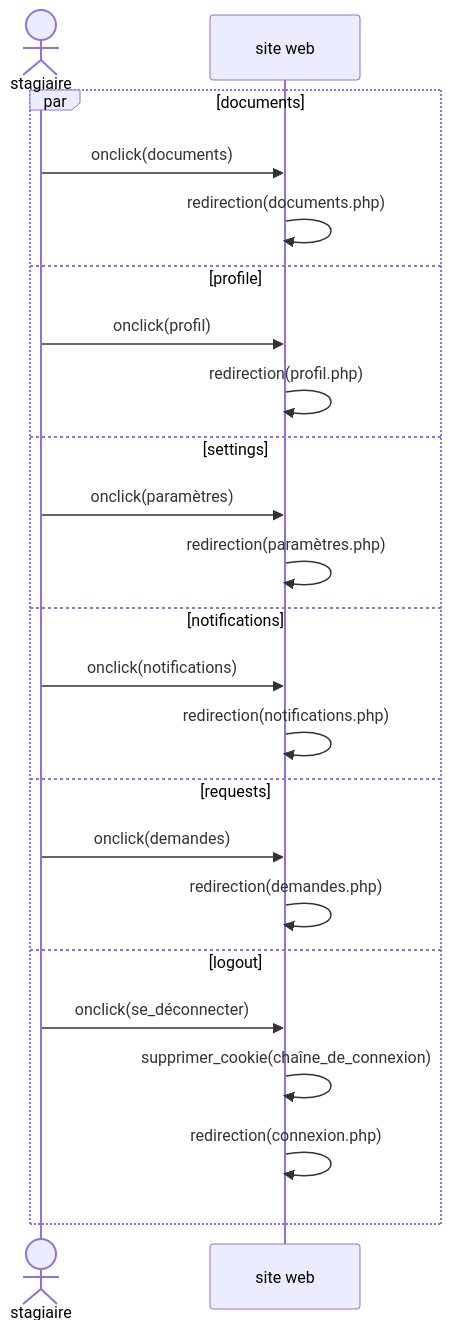
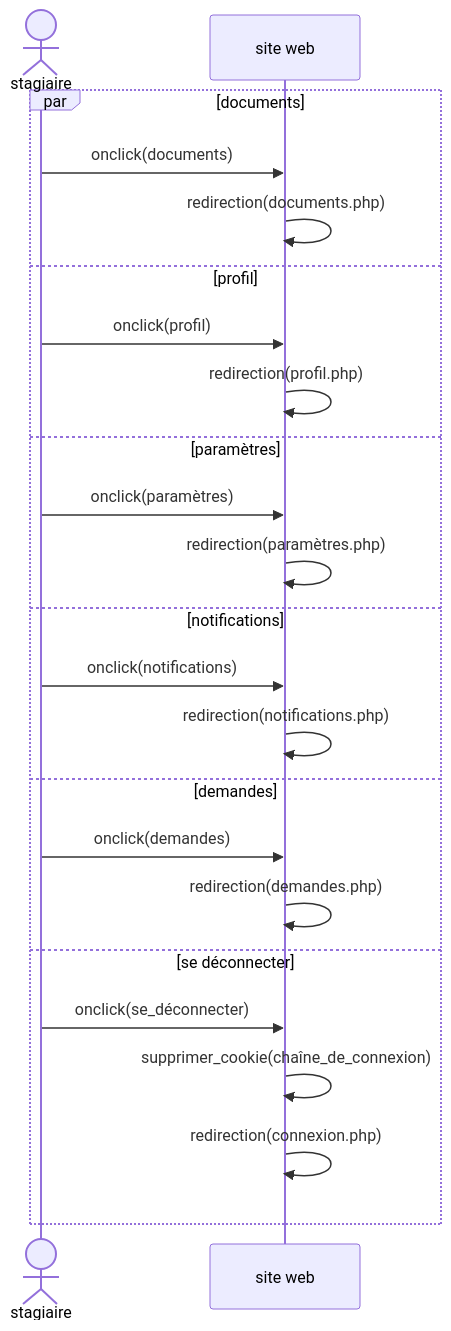
Before and after one commit to idlli/E-Campus: the second of 2 diagrams in uml/stagiaire/tableau-de-bord.md, drawn with Mermaid.

````diff
--- a/uml/stagiaire/tableau-de-bord.md
+++ b/uml/stagiaire/tableau-de-bord.md
@@ -7,25 +7,25 @@
 ```mermaid
 sequenceDiagram
     actor stagiaire
     participant site as site web
     par documents
         stagiaire ->> site : onclick(documents)
         site ->> site : redirection(documents.php)
-    and profile
+    and profil
         stagiaire ->> site : onclick(profil)
         site ->> site : redirection(profil.php)
-    and settings
+    and paramètres
         stagiaire ->> site : onclick(paramètres)
         site ->> site : redirection(paramètres.php)
     and notifications
         stagiaire ->> site : onclick(notifications)
         site ->> site : redirection(notifications.php)
-    and requests
+    and demandes
         stagiaire ->> site : onclick(demandes)
         site ->> site : redirection(demandes.php)
-    and logout
+    and se déconnecter
         stagiaire ->> site : onclick(se_déconnecter)
         site ->> site : supprimer_cookie(chaîne_de_connexion)
         site ->> site : redirection(connexion.php)
     end
 ```
````
